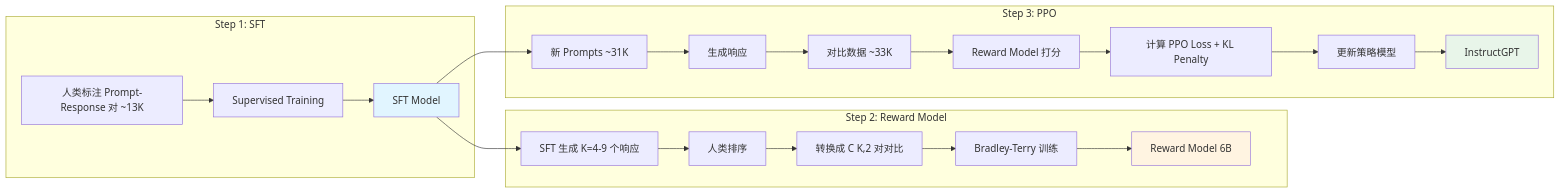
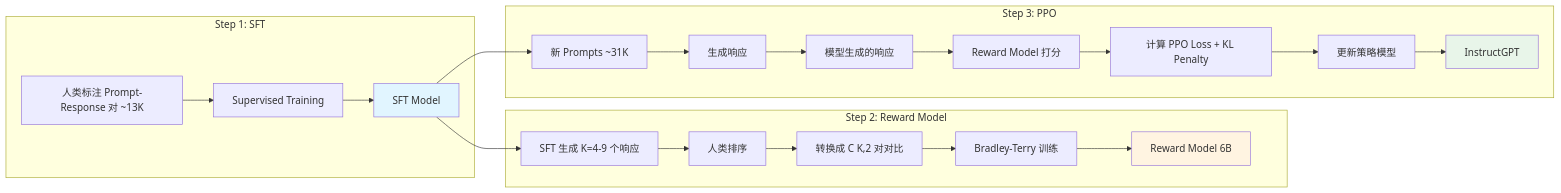
Before and after one commit to meraks/ArxivPaperReader: the second of 2 diagrams in DeepReadings/2022-03-04-instructgpt.md, drawn with Mermaid. The commit also changed other lines of this file, not shown here.

````diff
--- a/DeepReadings/2022-03-04-instructgpt.md
+++ b/DeepReadings/2022-03-04-instructgpt.md
@@ -1543,30 +1546,30 @@
 ```mermaid
 graph LR
     subgraph "Step 1: SFT"
         A1[人类标注 Prompt-Response 对 ~13K] --> B1[Supervised Training]
         B1 --> C1[SFT Model]
     end
     
     subgraph "Step 2: Reward Model"
         A2[SFT 生成 K=4-9 个响应] --> B2[人类排序]
         B2 --> C2[转换成 C K,2 对对比]
         C2 --> D2[Bradley-Terry 训练]
         D2 --> E2[Reward Model 6B]
     end
     
     subgraph "Step 3: PPO"
         A3[新 Prompts ~31K] --> B3[生成响应]
-        B3 --> C3[对比数据 ~33K]
+        B3 --> C3[模型生成的响应]
         C3 --> D3[Reward Model 打分]
         D3 --> E3[计算 PPO Loss + KL Penalty]
         E3 --> F3[更新策略模型]
         F3 --> G3[InstructGPT]
     end
     
     C1 --> A2
     C1 --> A3
     
     style C1 fill:#e1f5ff
     style E2 fill:#fff4e1
     style G3 fill:#e8f5e9
 ```
````
